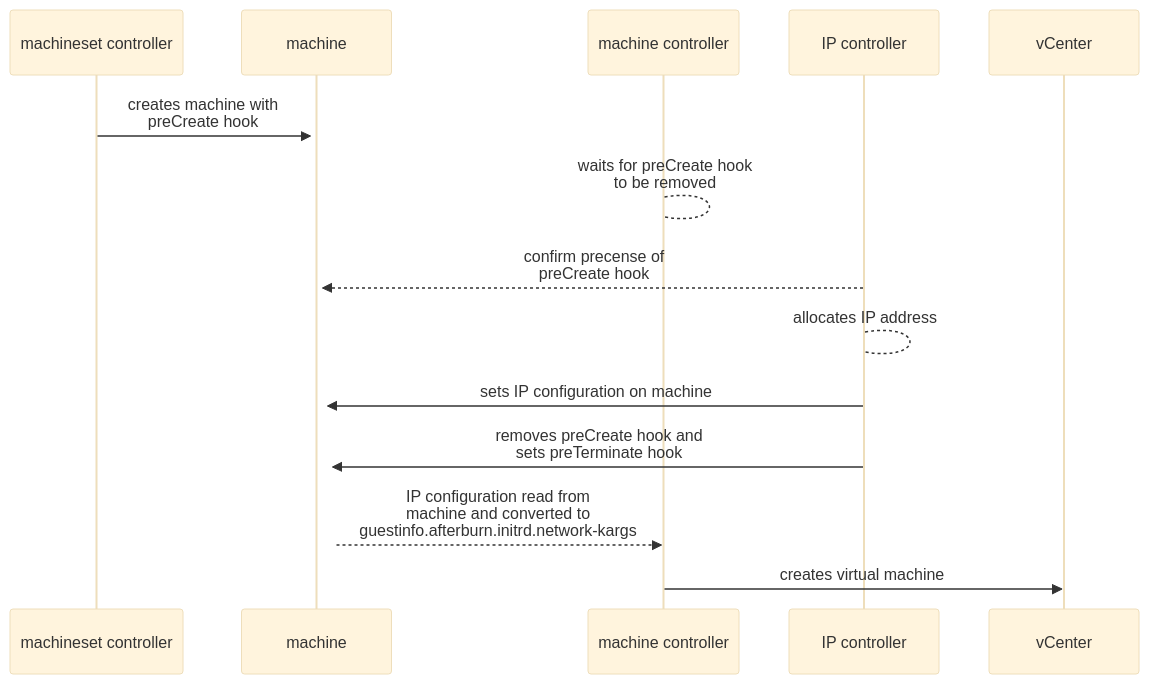
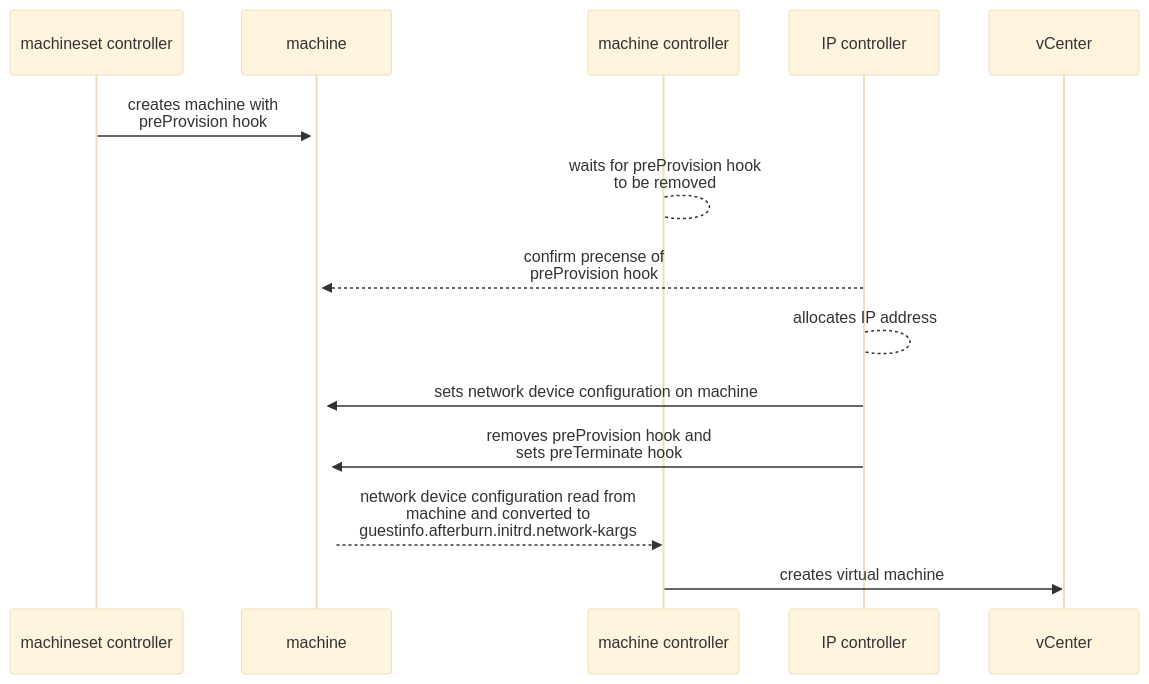
Before and after one commit to openshift/enhancements: the diagram in enhancements/network/static-ip-addresses-vsphere.md, drawn with Mermaid (base theme). The commit also changed other lines of this file, not shown here.

Commit message:
transitioned from nmstate to capv network device spec

```diff
--- a/enhancements/network/static-ip-addresses-vsphere.md
+++ b/enhancements/network/static-ip-addresses-vsphere.md
@@ -483,11 +357,11 @@
 ~~~mermaid
 sequenceDiagram
-    machineset controller->>+machine: creates machine with<br> preCreate hook
-    machine controller-->machine controller: waits for preCreate hook<br>to be removed
-    IP controller-->>+machine: confirm precense of<br>preCreate hook
+    machineset controller->>+machine: creates machine with<br> preProvision hook
+    machine controller-->machine controller: waits for preProvision hook<br>to be removed
+    IP controller-->>+machine: confirm precense of<br>preProvision hook
     IP controller-->IP controller: allocates IP address
-    IP controller->>+machine: sets IP configuration on machine
-    IP controller->>+machine: removes preCreate hook and<br>sets preTerminate hook
-    machine-->>machine controller: IP configuration read from <br>machine and converted to<br>guestinfo.afterburn.initrd.network-kargs
+    IP controller->>+machine: sets network device configuration on machine
+    IP controller->>+machine: removes preProvision hook and<br>sets preTerminate hook
+    machine-->>machine controller: network device configuration read from <br>machine and converted to<br>guestinfo.afterburn.initrd.network-kargs
     machine controller->>vCenter: creates virtual machine
 ~~~
```
